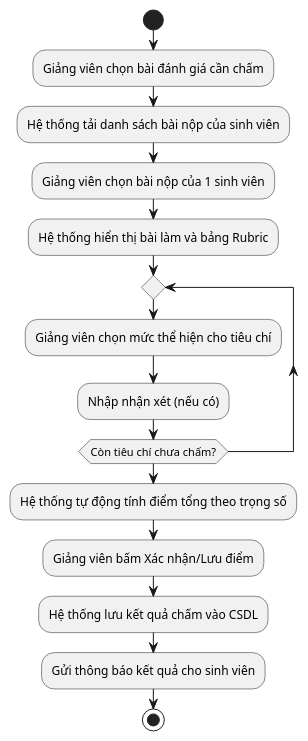
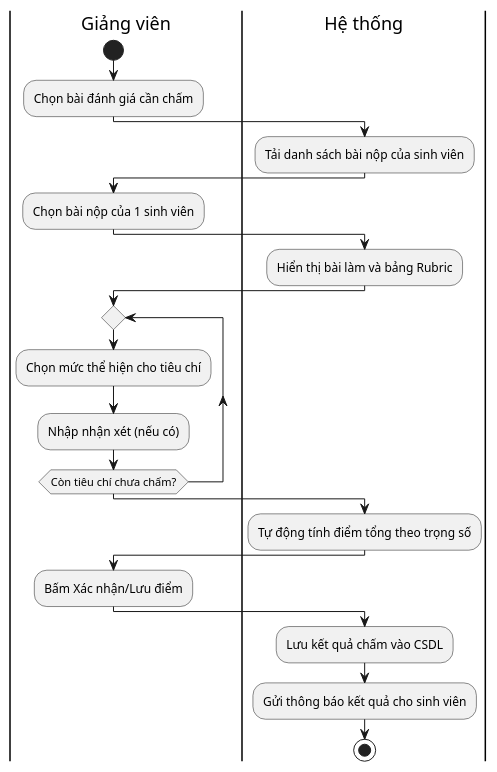
The diagram in eureka-server/eureka-server/src/main/java/hcmuaf/edu/vn/fit/rubric/plantUML/activityTeacher/GradingWithRubric.puml (thanhthanh123vn/Rubric_Thanh_Duc_2025_2026), drawn with PlantUML before and after one commit. The commit also changed 39 other files, not shown here.

```diff
--- a/eureka-server/eureka-server/src/main/java/hcmuaf/edu/vn/fit/rubric/plantUML/activityTeacher/GradingWithRubric.puml
+++ b/eureka-server/eureka-server/src/main/java/hcmuaf/edu/vn/fit/rubric/plantUML/activityTeacher/GradingWithRubric.puml
@@ -1,17 +1,34 @@
 @startuml
 skinparam defaultTextAlignment center
+
+|Giảng viên|
 start
-:Giảng viên chọn bài đánh giá cần chấm;
-:Hệ thống tải danh sách bài nộp của sinh viên;
-:Giảng viên chọn bài nộp của 1 sinh viên;
-:Hệ thống hiển thị bài làm và bảng Rubric;
+:Chọn bài đánh giá cần chấm;
+
+|Hệ thống|
+:Tải danh sách bài nộp của sinh viên;
+
+|Giảng viên|
+:Chọn bài nộp của 1 sinh viên;
+
+|Hệ thống|
+:Hiển thị bài làm và bảng Rubric;
+
+|Giảng viên|
 repeat
-  :Giảng viên chọn mức thể hiện cho tiêu chí;
+  :Chọn mức thể hiện cho tiêu chí;
   :Nhập nhận xét (nếu có);
 repeat while (Còn tiêu chí chưa chấm?)
-:Hệ thống tự động tính điểm tổng theo trọng số;
-:Giảng viên bấm Xác nhận/Lưu điểm;
-:Hệ thống lưu kết quả chấm vào CSDL;
+
+|Hệ thống|
+:Tự động tính điểm tổng theo trọng số;
+
+|Giảng viên|
+:Bấm Xác nhận/Lưu điểm;
+
+|Hệ thống|
+:Lưu kết quả chấm vào CSDL;
 :Gửi thông báo kết quả cho sinh viên;
+
 stop
 @enduml
```
